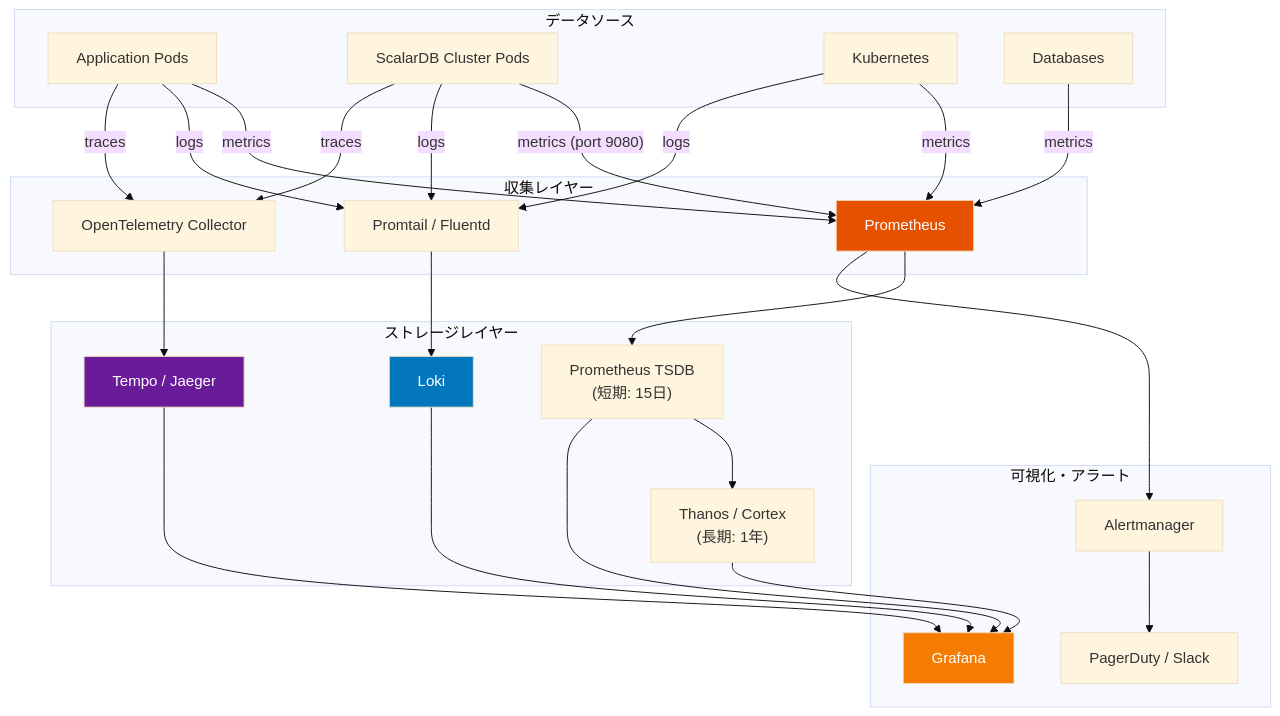
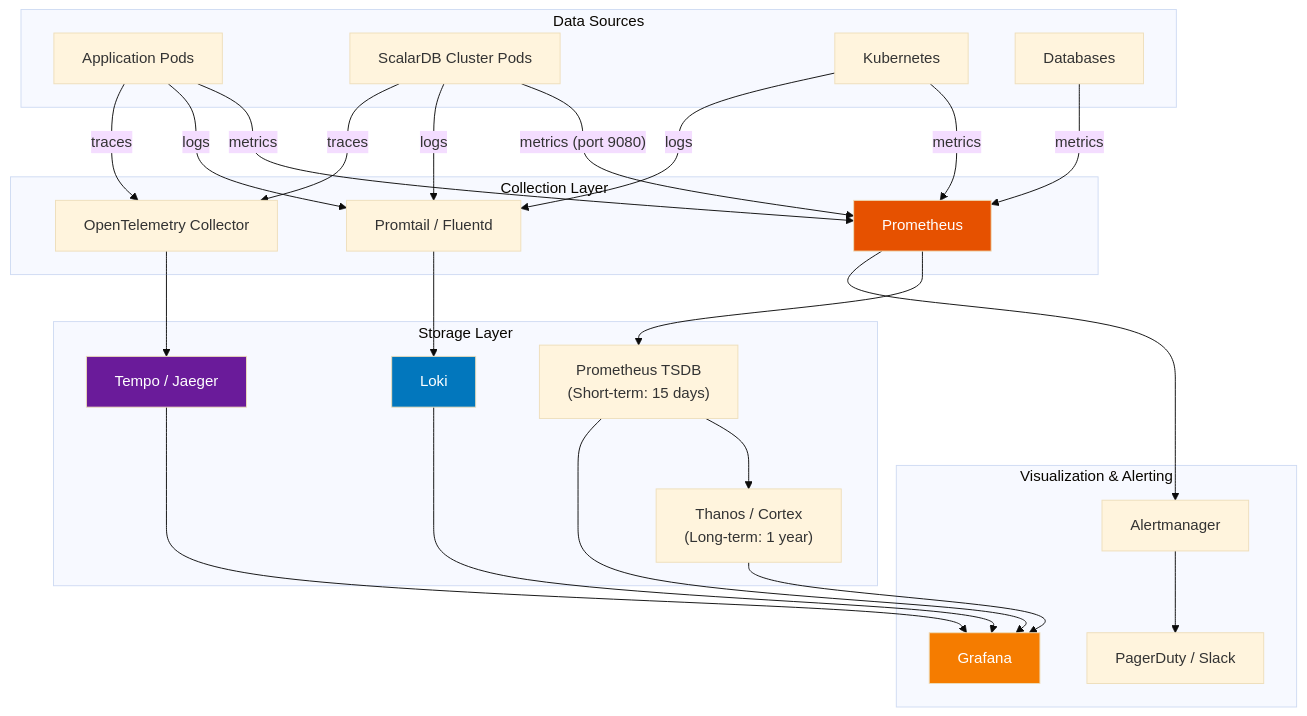
One commit to wfukatsu/nexus-architect changed the first of 6 diagrams in workflow/greenfield/09_observability_design.md. Above: the diagram before and after it, drawn with Mermaid (base theme). The commit also changed other lines of this file and 6 other files, not shown here.

````diff
--- a/workflow/greenfield/09_observability_design.md
+++ b/workflow/greenfield/09_observability_design.md
@@ -30,56 +30,56 @@
 ```mermaid
 flowchart TB
-    subgraph Sources["データソース"]
+    subgraph Sources["Data Sources"]
         APP["Application Pods"]
         SDB["ScalarDB Cluster Pods"]
         K8S["Kubernetes"]
         DB["Databases"]
     end
 
-    subgraph Collection["収集レイヤー"]
+    subgraph Collection["Collection Layer"]
         PROM["Prometheus"]
         PROMTAIL["Promtail / Fluentd"]
         OTEL["OpenTelemetry Collector"]
     end
 
-    subgraph Storage["ストレージレイヤー"]
-        PROM_TSDB["Prometheus TSDB<br/>(短期: 15日)"]
-        THANOS["Thanos / Cortex<br/>(長期: 1年)"]
+    subgraph Storage["Storage Layer"]
+        PROM_TSDB["Prometheus TSDB<br/>(Short-term: 15 days)"]
+        THANOS["Thanos / Cortex<br/>(Long-term: 1 year)"]
         LOKI["Loki"]
         TEMPO["Tempo / Jaeger"]
     end
 
-    subgraph Visualization["可視化・アラート"]
+    subgraph Visualization["Visualization & Alerting"]
         GRAFANA["Grafana"]
         ALERTMGR["Alertmanager"]
         PAGER["PagerDuty / Slack"]
     end
 
     APP -->|"metrics"| PROM
     SDB -->|"metrics (port 9080)"| PROM
     K8S -->|"metrics"| PROM
     DB -->|"metrics"| PROM
 
     APP -->|"logs"| PROMTAIL
     SDB -->|"logs"| PROMTAIL
     K8S -->|"logs"| PROMTAIL
 
     APP -->|"traces"| OTEL
     SDB -->|"traces"| OTEL
 
     PROM --> PROM_TSDB --> THANOS
     PROMTAIL --> LOKI
     OTEL --> TEMPO
 
     PROM_TSDB --> GRAFANA
     THANOS --> GRAFANA
     LOKI --> GRAFANA
     TEMPO --> GRAFANA
 
     PROM --> ALERTMGR --> PAGER
 
     style PROM fill:#e65100,color:#fff
     style GRAFANA fill:#f57c00,color:#fff
     style LOKI fill:#0277bd,color:#fff
     style TEMPO fill:#6a1b9a,color:#fff
 ```
````
